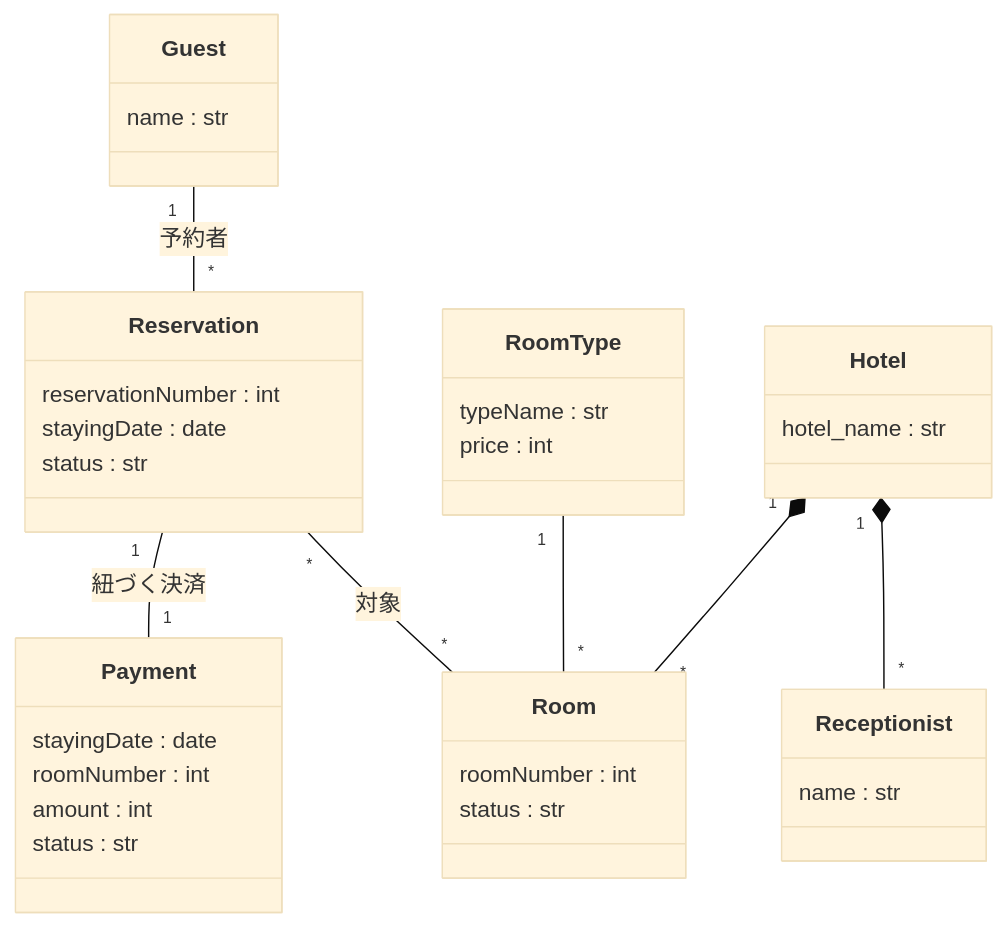
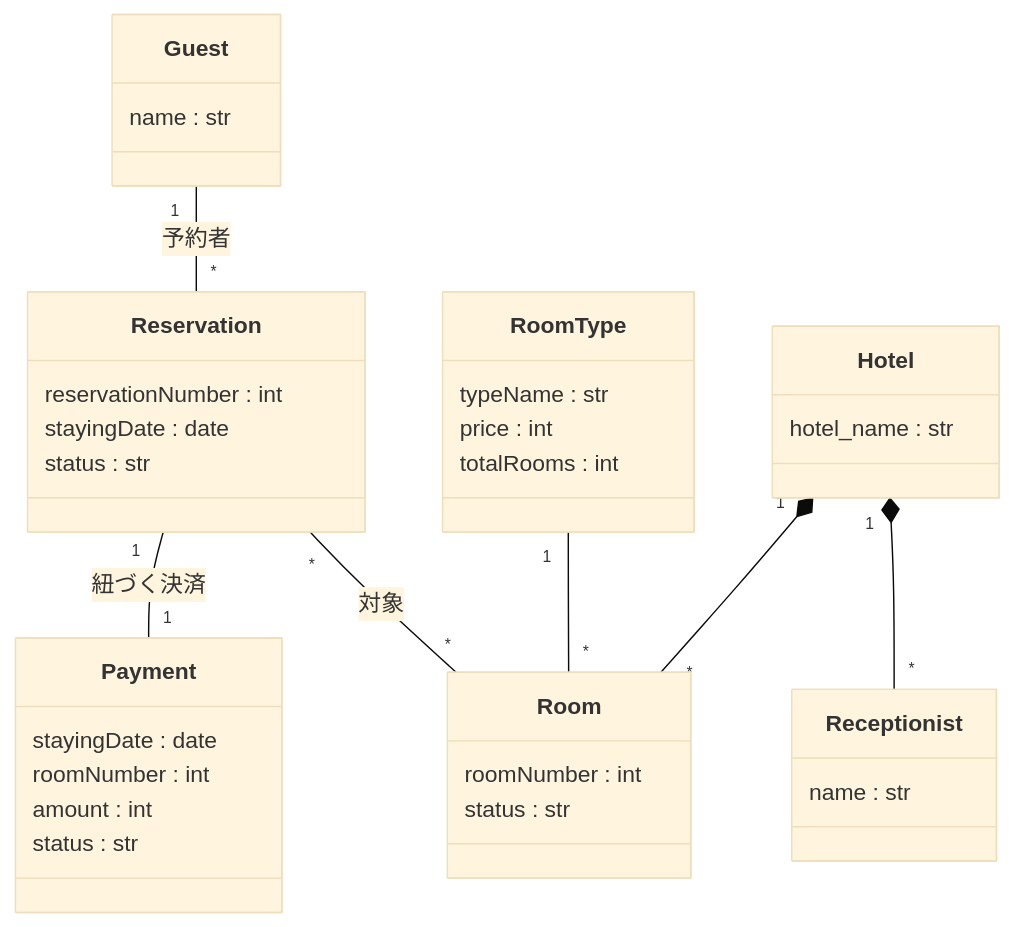
One commit to Kohki-tyl/HRS changed the first of 2 diagrams in Domain_Analysis.md. Above: the diagram before and after it, drawn with Mermaid (base theme). The commit also changed other lines of this file, not shown here.

First line of the commit message:
Add totalRooms to RoomType and update documentation

````diff
--- a/Domain_Analysis.md
+++ b/Domain_Analysis.md
@@ -20,37 +20,38 @@
 ```mermaid
 classDiagram
     class Guest {
         name : str
     }
     class Reservation {
         reservationNumber : int
         stayingDate : date
         status : str
     }
     class Hotel {
         hotel_name : str
     }
     class RoomType {
         typeName : str
         price : int
+        totalRooms : int
     }
     class Room {
         roomNumber : int
         status : str
     }
     class Receptionist{
         name : str
     }
     class Payment {
         stayingDate : date
         roomNumber : int
         amount : int
         status : str
     }
     Hotel "1" *-- "*" Room : 
     Hotel "1" *-- "*" Receptionist : 
     RoomType "1" -- "*" Room : 
     Guest "1" -- "*" Reservation : 予約者
     Reservation "*" -- "*" Room : 対象
     Reservation "1" -- "1" Payment : 紐づく決済
 ```
````
